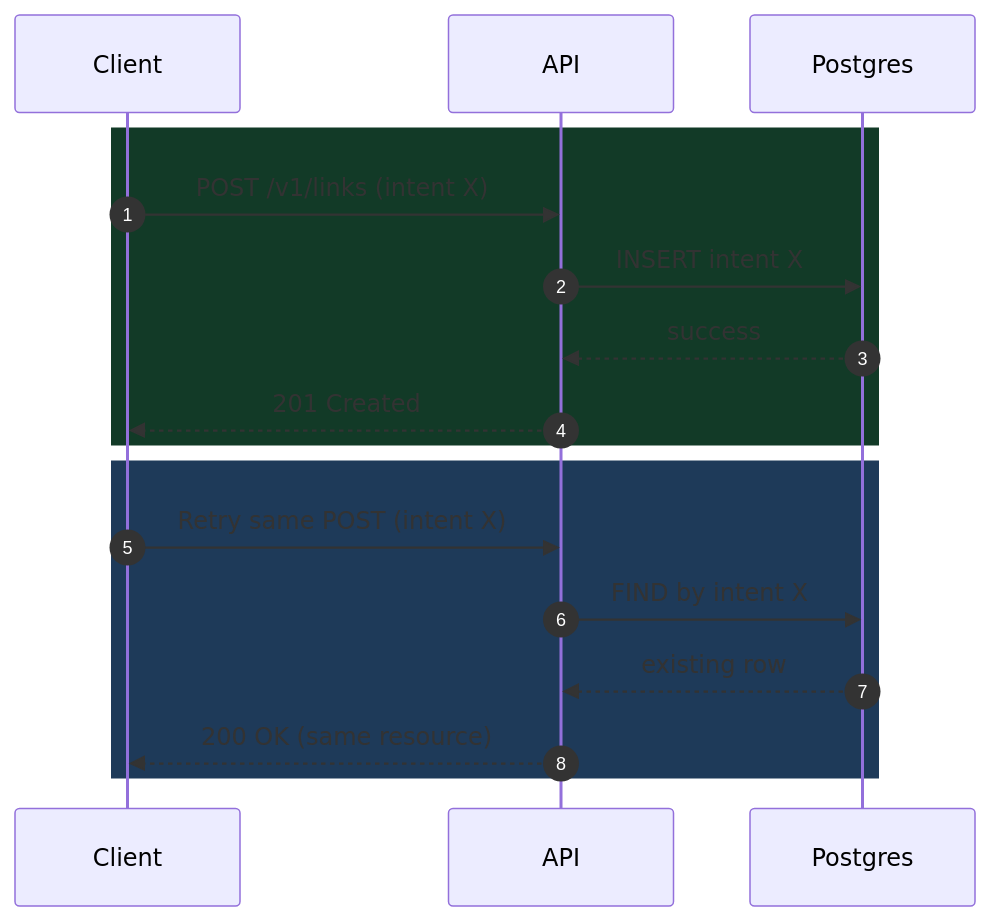
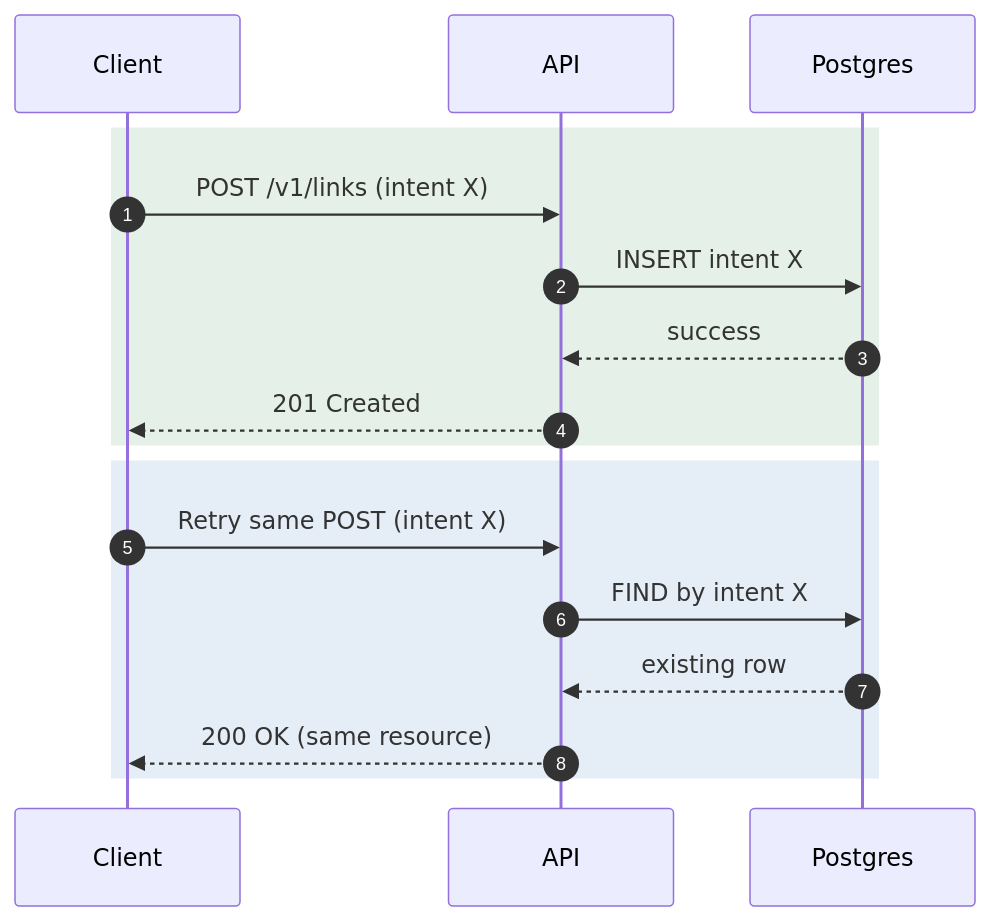
One commit to Thirana/portfolio-thirana changed the first of 2 diagrams in content/blog/idempotency-in-api-design.mdx. Above: the diagram before and after it, drawn with Mermaid. The commit also changed other lines of this file and 193 other files, not shown here.

````diff
--- a/content/blog/idempotency-in-api-design.mdx
+++ b/content/blog/idempotency-in-api-design.mdx
@@ -61,21 +61,21 @@
 ```mermaid
 sequenceDiagram
   autonumber
   participant C as Client
   participant API as API
   participant DB as Postgres
 
-  rect rgb(18, 58, 39)
+  rect rgb(229, 241, 232)
     C->>API: POST /v1/links (intent X)
     API->>DB: INSERT intent X
     DB-->>API: success
     API-->>C: 201 Created
   end
 
-  rect rgb(30, 58, 89)
+  rect rgb(229, 238, 246)
     C->>API: Retry same POST (intent X)
     API->>DB: FIND by intent X
     DB-->>API: existing row
     API-->>C: 200 OK (same resource)
   end
 ```
````
